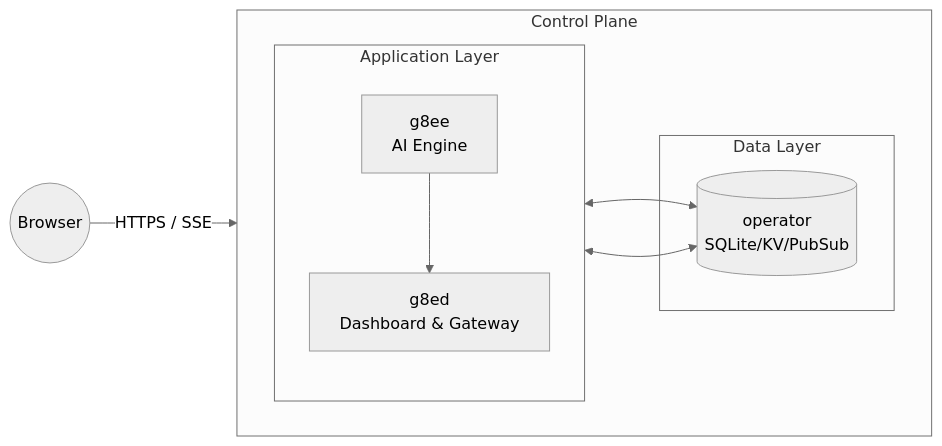
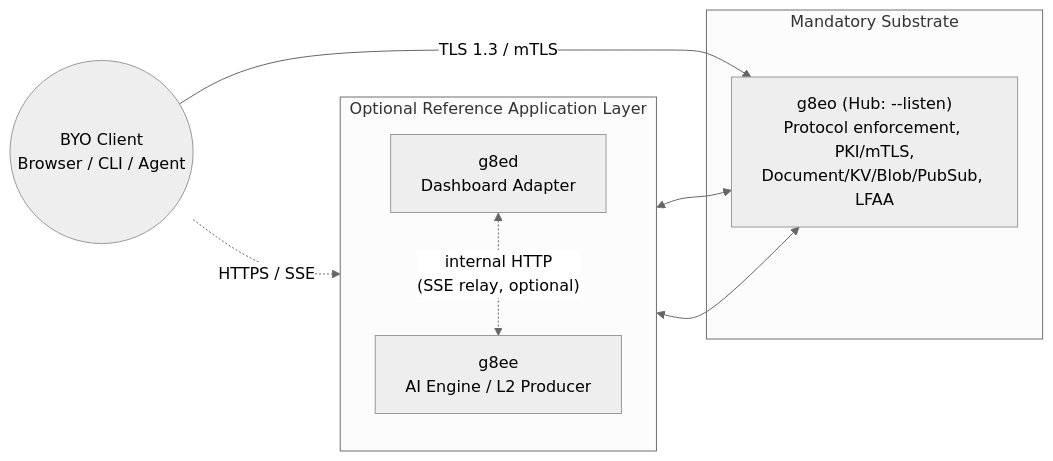
The first of 2 diagrams in docs/components/g8ee.md (g8e-ai/g8e), drawn with Mermaid (neutral theme) before and after one commit. The commit also changed other lines of this file and 26 other files, not shown here.

````diff
--- a/docs/components/g8ee.md
+++ b/docs/components/g8ee.md
@@ -77,19 +86,20 @@
 ```mermaid
 flowchart LR
-    subgraph Hub ["Control Plane"]
-        direction LR
-        subgraph App ["Application Layer"]
-            direction TB
-            g8ed["g8ed<br/>Dashboard & Gateway"]
-            g8ee["g8ee<br/>AI Engine"]
-            g8ee --> g8ed
-        end
-        subgraph Data ["Data Layer"]
-            operator[("operator<br/>SQLite/KV/PubSub")]
-        end
-        g8ed <--> operator
-        g8ee <--> operator
+    Client((BYO Client<br/>Browser / CLI / Agent))
+
+    subgraph Substrate ["Mandatory Substrate"]
+        Operator["g8eo (Hub: --listen)<br/>Protocol enforcement, PKI/mTLS,<br/>Document/KV/Blob/PubSub, LFAA"]
     end
 
-    Browser((Browser)) -- "HTTPS / SSE" --> g8ed
+    subgraph App ["Optional Reference Application Layer"]
+        direction TB
+        g8ee["g8ee<br/>AI Engine / L2 Producer"]
+        g8ed["g8ed<br/>Dashboard Adapter"]
+    end
+
+    Client -- "TLS 1.3 / mTLS" --> Operator
+    Client -. "HTTPS / SSE" .-> g8ed
+    g8ed <--> Operator
+    g8ee <--> Operator
+    g8ed <-. "internal HTTP<br/>(SSE relay, optional)" .-> g8ee
 ```
````
